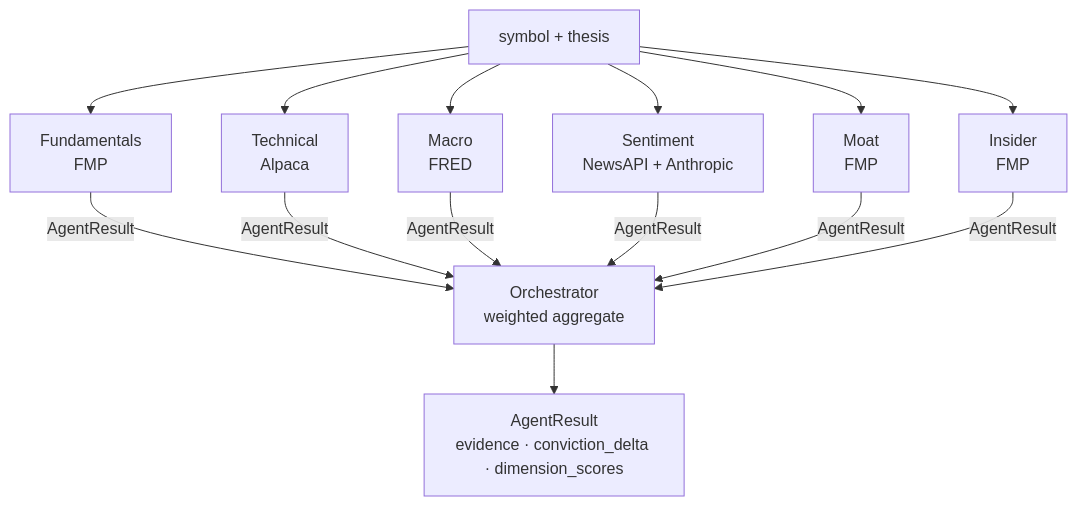
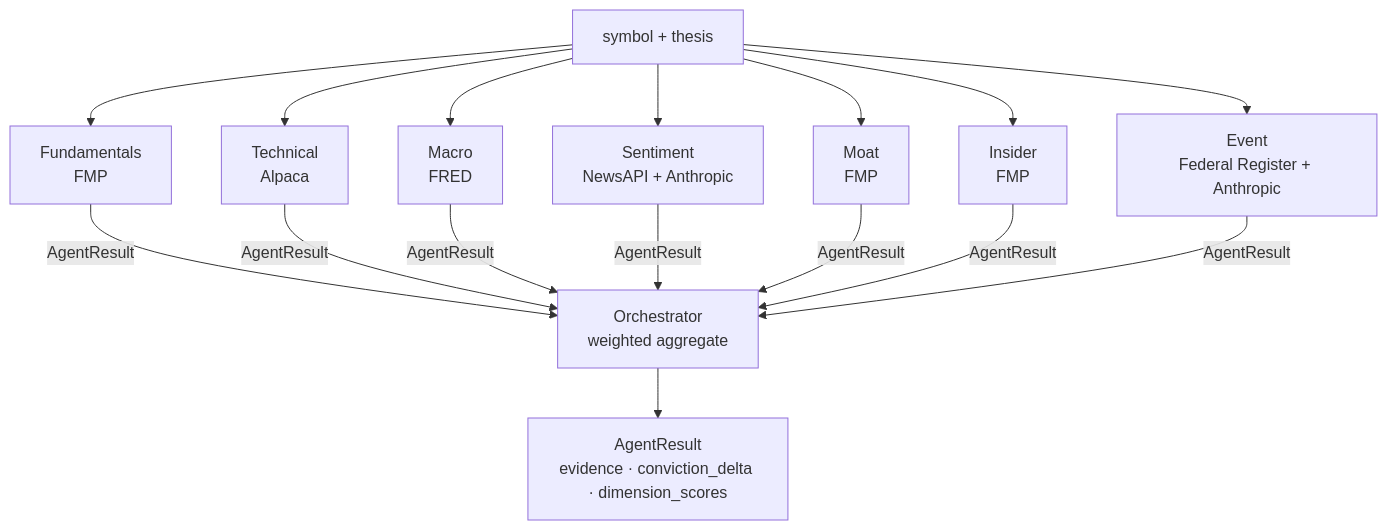
Before and after one commit to wolfbane/cents: the second of 5 diagrams in website/src/content/docs/architecture.mdx, drawn with Mermaid. The commit also changed other lines of this file and 9 other files, not shown here.

````diff
--- a/website/src/content/docs/architecture.mdx
+++ b/website/src/content/docs/architecture.mdx
@@ -47,28 +58,31 @@
 ```mermaid
 flowchart TB
   Symbol[symbol + thesis]
   F[Fundamentals<br/>FMP]
   T[Technical<br/>Alpaca]
   M[Macro<br/>FRED]
   S[Sentiment<br/>NewsAPI + Anthropic]
   Mo[Moat<br/>FMP]
   I[Insider<br/>FMP]
+  E[Event<br/>Federal Register + Anthropic]
   Orch[Orchestrator<br/>weighted aggregate]
   Result[AgentResult<br/>evidence · conviction_delta · dimension_scores]
 
   Symbol --> F
   Symbol --> T
   Symbol --> M
   Symbol --> S
   Symbol --> Mo
   Symbol --> I
+  Symbol --> E
 
   F -- AgentResult --> Orch
   T -- AgentResult --> Orch
   M -- AgentResult --> Orch
   S -- AgentResult --> Orch
   Mo -- AgentResult --> Orch
   I -- AgentResult --> Orch
+  E -- AgentResult --> Orch
 
   Orch --> Result
 ```
````
